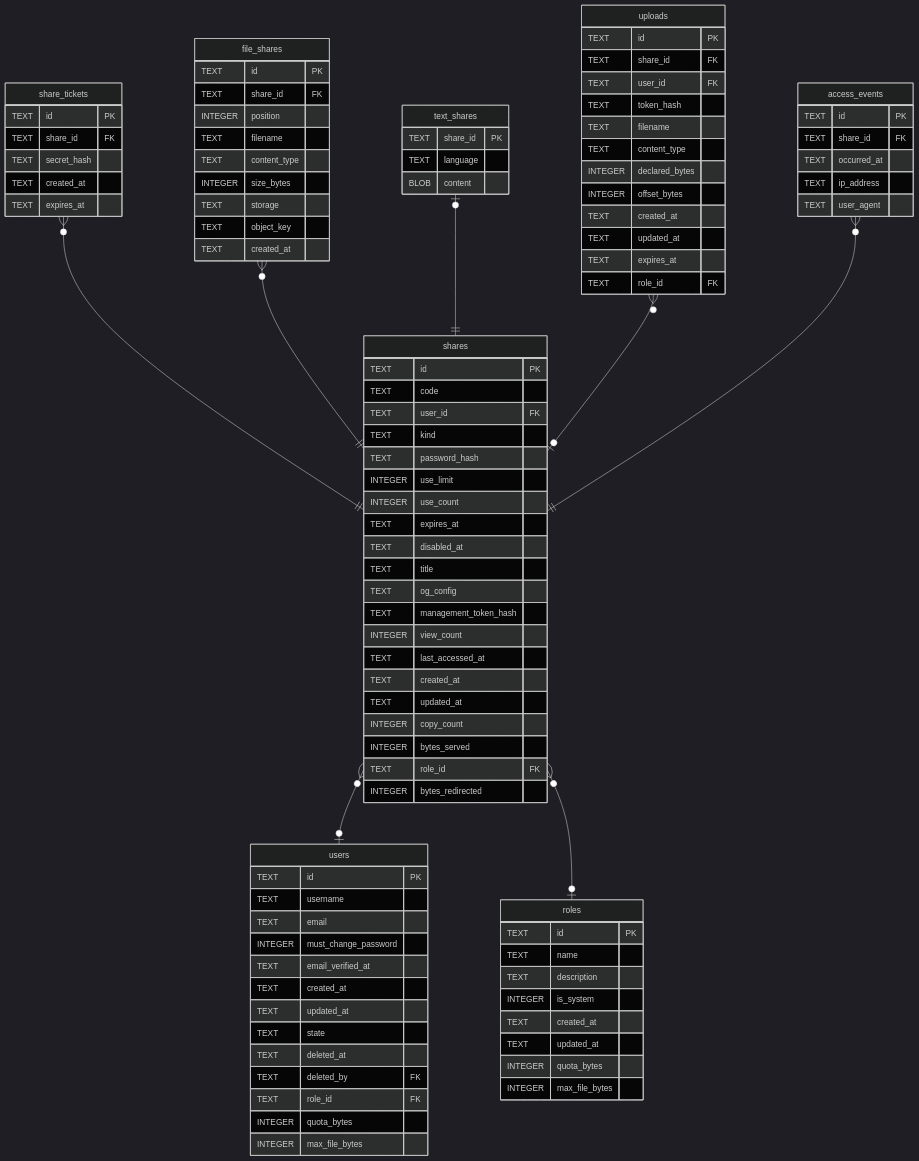
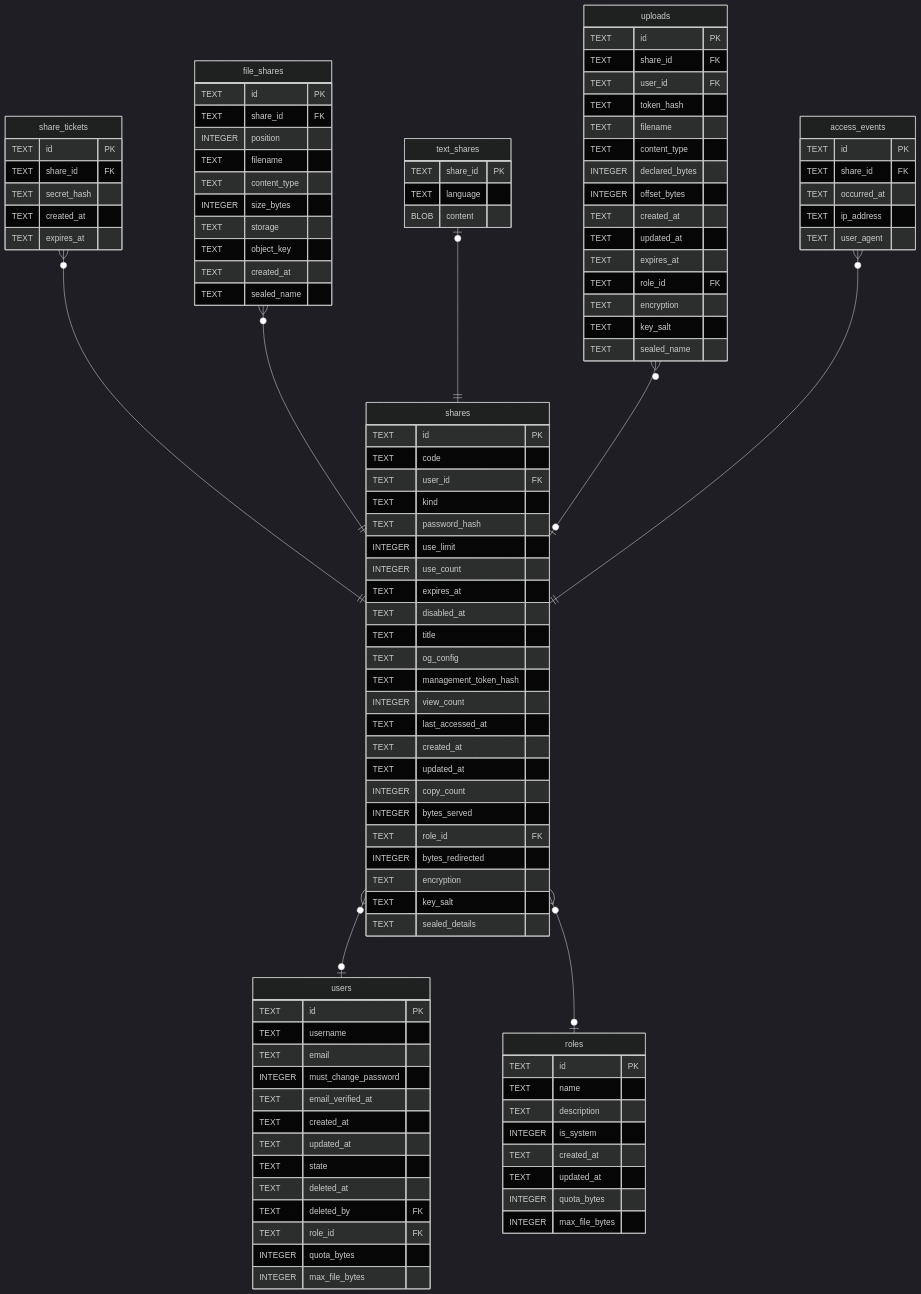
The diagram in docs/schema/shares.md (Limatura/tessera), drawn with Mermaid (dark theme) before and after one commit. The commit also changed other lines of this file and 38 other files, not shown here.

```diff
--- a/docs/schema/shares.md
+++ b/docs/schema/shares.md
@@ -128,6 +131,9 @@
   INTEGER bytes_served
   TEXT role_id FK
   INTEGER bytes_redirected
+  TEXT encryption
+  TEXT key_salt
+  TEXT sealed_details
 }
 "share_tickets" {
   TEXT id PK
@@ -146,6 +152,7 @@
   TEXT storage
   TEXT object_key
   TEXT created_at
+  TEXT sealed_name
 }
 "text_shares" {
   TEXT share_id PK
@@ -165,6 +172,9 @@
   TEXT updated_at
   TEXT expires_at
   TEXT role_id FK
+  TEXT encryption
+  TEXT key_salt
+  TEXT sealed_name
 }
 "access_events" {
   TEXT id PK
```
